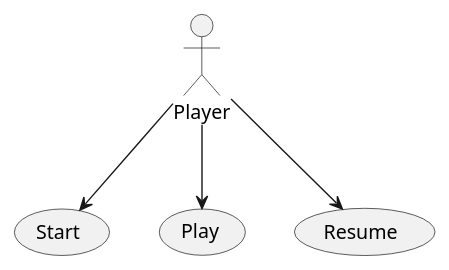
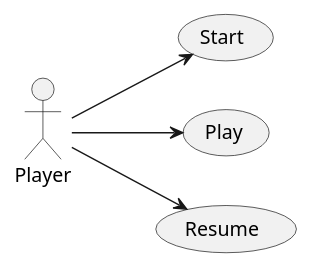
One commit to x-USantaTecla-game-ticTacToe/requirements changed the first of 2 diagrams in src/docs/asciidoc/index.adoc. Above: the diagram before and after it, drawn with PlantUML. The commit also changed other lines of this file and 7 other files, not shown here.

```diff
--- a/src/docs/asciidoc/index.adoc
+++ b/src/docs/asciidoc/index.adoc
@@ -37,13 +37,13 @@
 [plantuml,diagramaActoresCasosUso,svg]
 ....
-
+left to right direction 
 actor Player
 usecase Start
 usecase Play
 usecase Resume
 
 Player --> Start
 Player --> Play
 Player --> Resume
 
 ....
```
